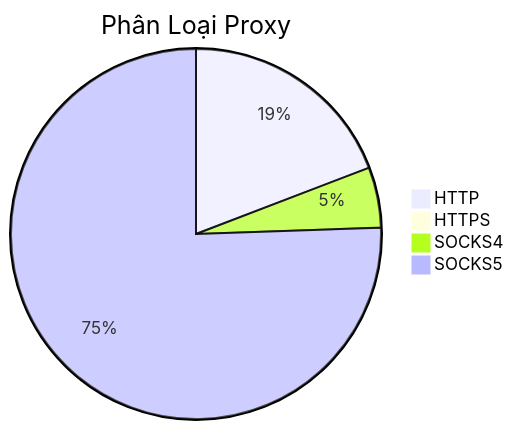
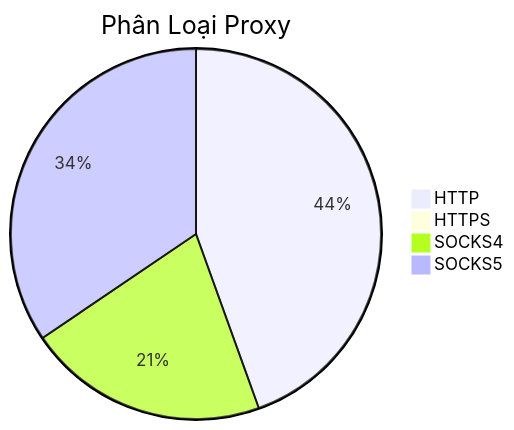
Before and after one commit to Ciara-Aa/PROXY-free: the diagram in README.md, drawn with Mermaid. The commit also changed other lines of this file and 4 other files, not shown here.

````diff
--- a/README.md
+++ b/README.md
@@ -26,7 +26,7 @@
 ```mermaid
 pie title Phân Loại Proxy
-    "HTTP" : 473
-    "HTTPS" : 3
-    "SOCKS4" : 130
-    "SOCKS5" : 1863
+    "HTTP" : 311
+    "HTTPS" : 2
+    "SOCKS4" : 147
+    "SOCKS5" : 241
 ```
````
